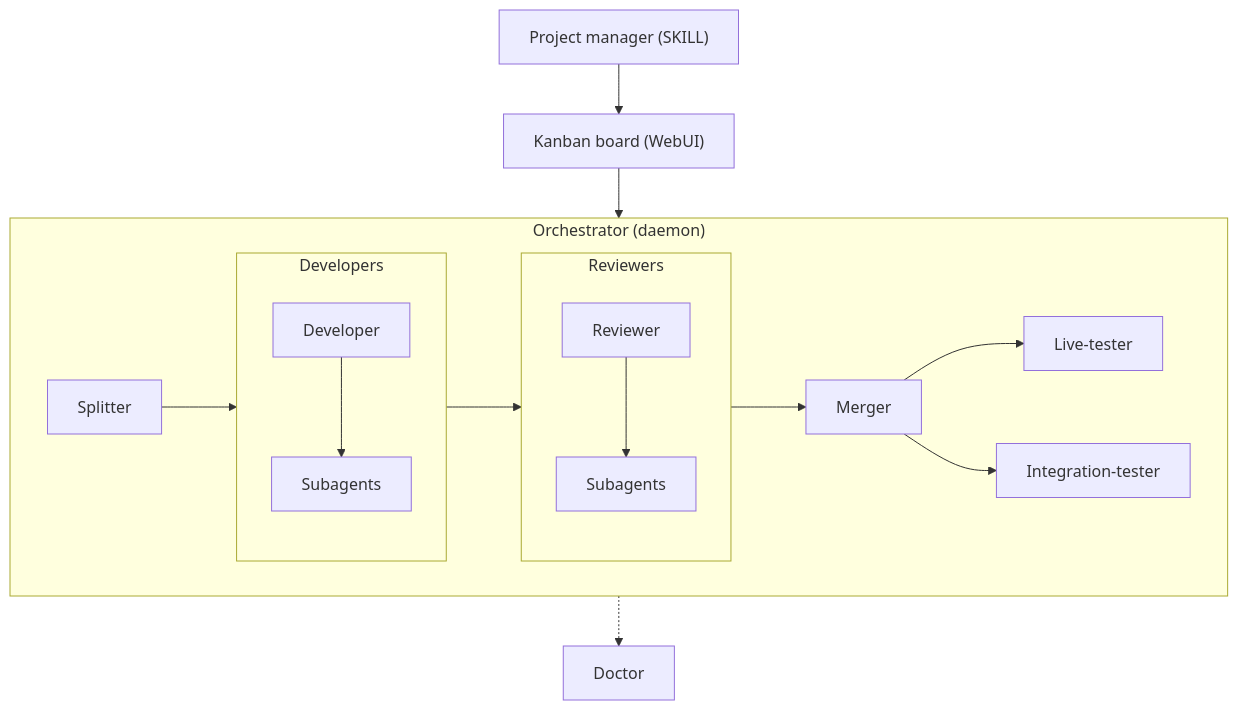
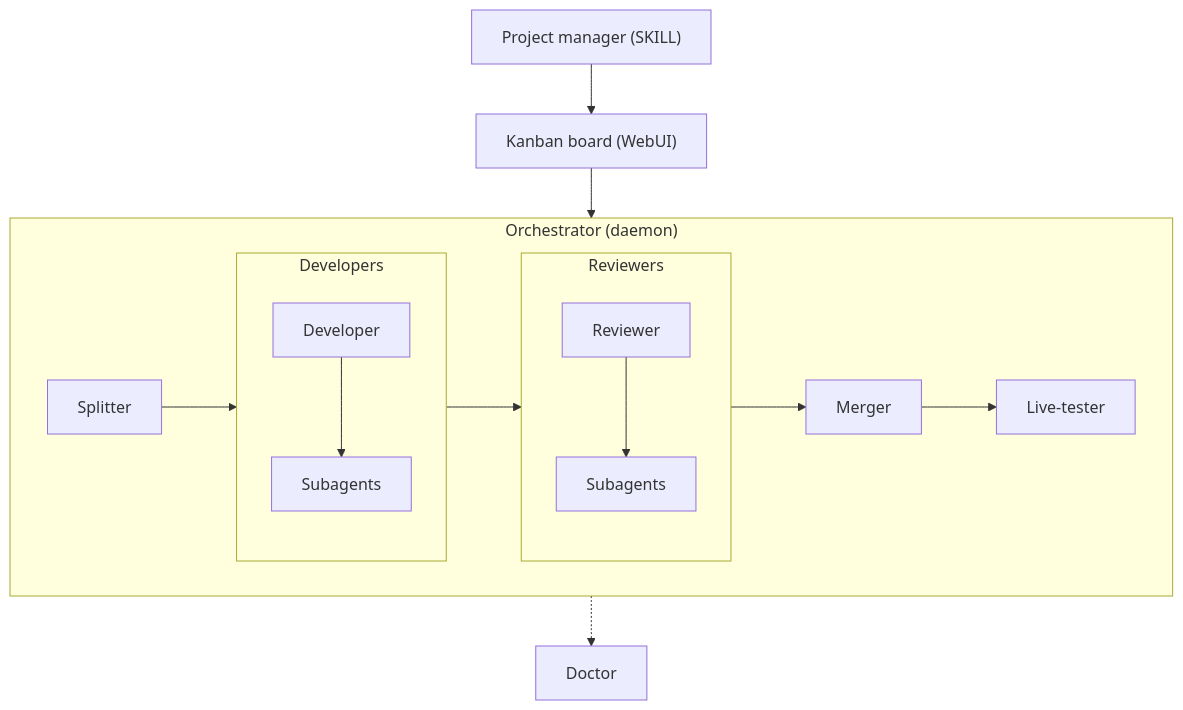
Before and after one commit to sphamba/se-llm-team: the diagram in README.md, drawn with Mermaid. The commit also changed other lines of this file and 37 other files, not shown here.

Commit message:
refactor(orchestrator): give the merge rebase to the merger and drop the integration step (#430)

````diff
--- a/README.md
+++ b/README.md
@@ -13,22 +12,21 @@
 ```mermaid
 flowchart TD
     PM["Project manager (SKILL)"] --> Board
     Board["Kanban board (WebUI)"] --> Orchestrator
     subgraph Orchestrator["Orchestrator (daemon)"]
         direction LR
         Splitter --> Developers
         Developers --> Reviewers
         Reviewers --> Merger
         Merger --> LiveTester["Live-tester"]
-        Merger --> IntegrationTester["Integration-tester"]
     end
     subgraph Developers
         direction TB
         Developer --> SubDevelopers["Subagents"]
     end
     subgraph Reviewers
         direction TB
         Reviewer --> SubReviewers["Subagents"]
     end
     Orchestrator .-> Doctor
 ```
````
